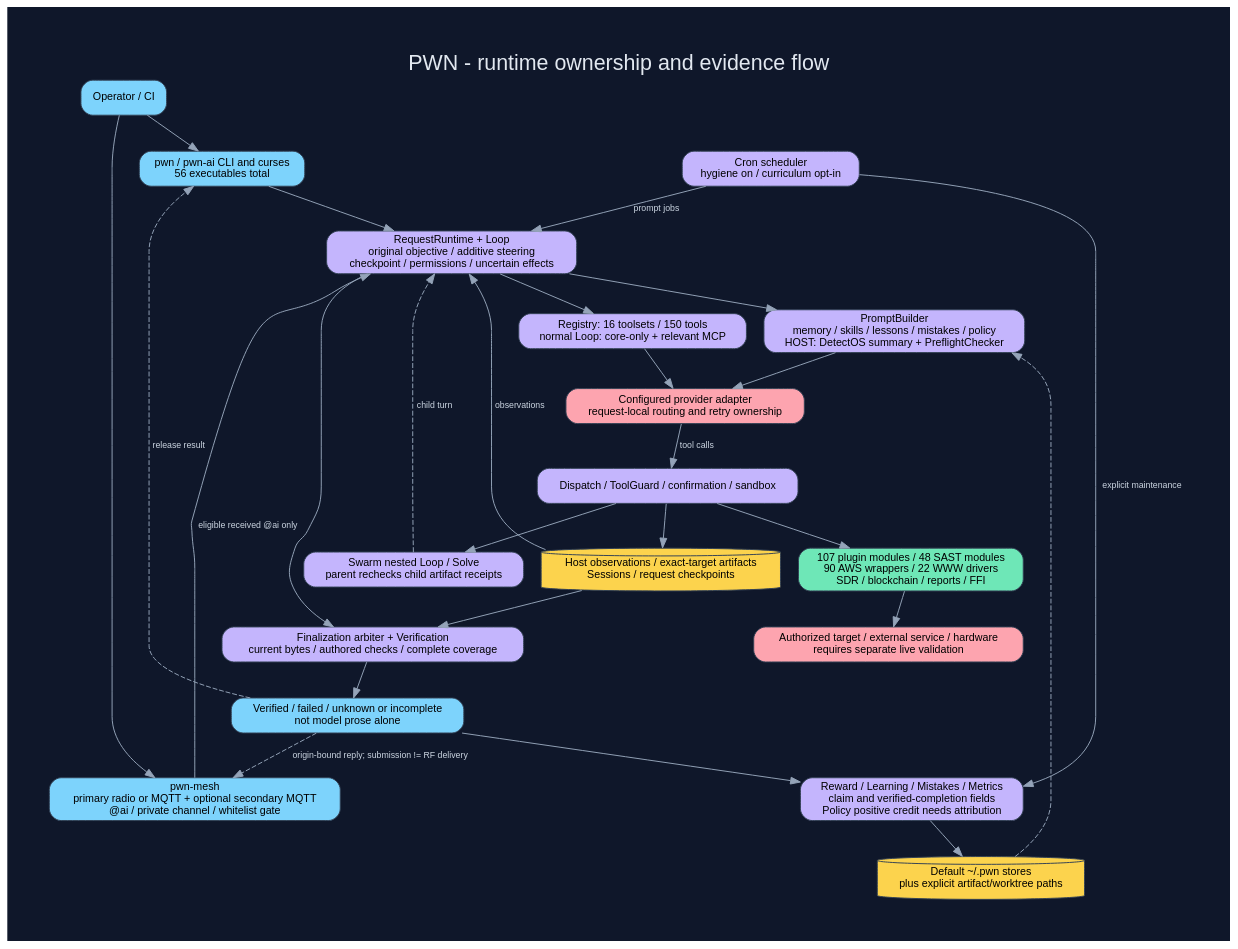
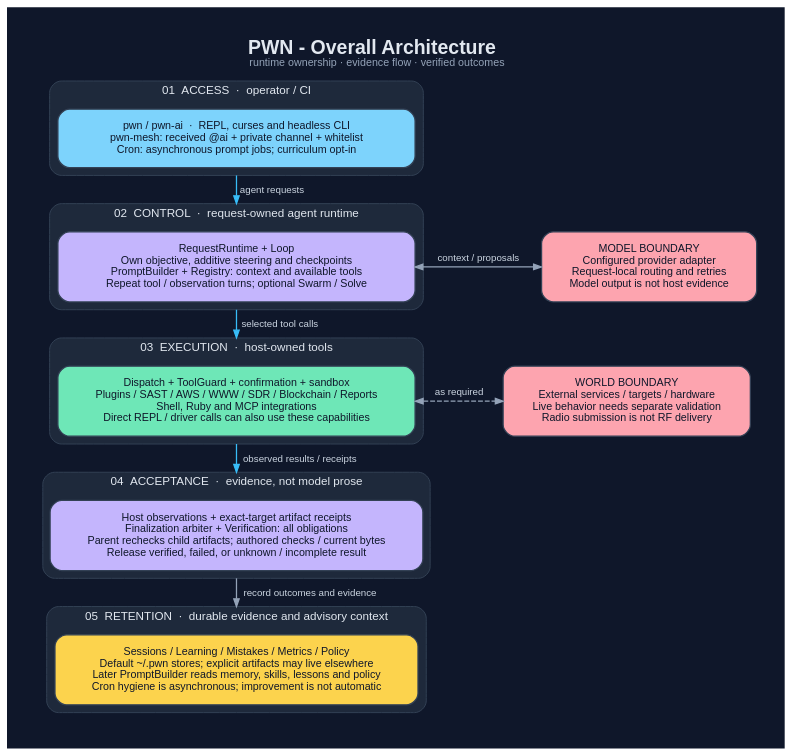
Before and after one commit to 0dayInc/pwn: the diagram in documentation/diagrams/dot/overall-pwn-architecture.dot, drawn with Graphviz. The commit also changed 12 other files, not shown here.

```diff
--- a/documentation/diagrams/dot/overall-pwn-architecture.dot
+++ b/documentation/diagrams/dot/overall-pwn-architecture.dot
@@ -1,34 +1,56 @@
 digraph PWN_Architecture {
-  graph [label="PWN - runtime ownership and evidence flow", labelloc=t, fontsize=22,
-    fontname="Helvetica", rankdir=TB, bgcolor="#0f172a", fontcolor="#e2e8f0", pad=0.6];
-  node [fontname="Helvetica", fontsize=11, shape=box, style="rounded,filled", fillcolor="#c4b5fd", color="#334155"];
-  edge [fontname="Helvetica", fontsize=9, color="#94a3b8", fontcolor="#cbd5e1"];
-  Operator [label="Operator / CI", fillcolor="#7dd3fc"];
-  Entry [label="pwn / pwn-ai CLI and curses\n56 executables total", fillcolor="#7dd3fc"];
-  Mesh [label="pwn-mesh\nprimary radio or MQTT + optional secondary MQTT\n@ai / private channel / whitelist gate", fillcolor="#7dd3fc"];
-  Runtime [label="RequestRuntime + Loop\noriginal objective / additive steering\ncheckpoint / permissions / uncertain effects"];
-  Prompt [label="PromptBuilder\nmemory / skills / lessons / mistakes / policy\nHOST: DetectOS summary + PreflightChecker"];
-  Registry [label="Registry: 16 toolsets / 150 tools\nnormal Loop: core-only + relevant MCP"];
-  Provider [label="Configured provider adapter\nrequest-local routing and retry ownership", fillcolor="#fda4af"];
-  Dispatch [label="Dispatch / ToolGuard / confirmation / sandbox"];
-  Capabilities [label="107 plugin modules / 48 SAST modules\n90 AWS wrappers / 22 WWW drivers\nSDR / blockchain / reports / FFI", fillcolor="#6ee7b7"];
-  Target [label="Authorized target / external service / hardware\nrequires separate live validation", fillcolor="#fda4af"];
-  Evidence [label="Host observations / exact-target artifacts\nSessions / request checkpoints", shape=cylinder, fillcolor="#fcd34d"];
-  Verify [label="Finalization arbiter + Verification\ncurrent bytes / authored checks / complete coverage"];
-  Outcome [label="Verified / failed / unknown or incomplete\nnot model prose alone", fillcolor="#7dd3fc"];
-  Learn [label="Reward / Learning / Mistakes / Metrics\nclaim and verified-completion fields\nPolicy positive credit needs attribution"];
-  Stores [label="Default ~/.pwn stores\nplus explicit artifact/worktree paths", shape=cylinder, fillcolor="#fcd34d"];
-  Swarm [label="Swarm nested Loop / Solve\nparent rechecks child artifact receipts"];
-  Cron [label="Cron scheduler\nhygiene on / curriculum opt-in"];
-  Operator -> Entry; Operator -> Mesh;
-  Entry -> Runtime; Mesh -> Runtime [label="eligible received @ai only"];
-  Runtime -> Prompt; Runtime -> Registry; Prompt -> Provider; Registry -> Provider;
-  Provider -> Dispatch [label="tool calls"]; Dispatch -> Capabilities;
-  Capabilities -> Target; Dispatch -> Evidence; Evidence -> Runtime [label="observations"];
-  Runtime -> Verify; Evidence -> Verify; Verify -> Outcome;
-  Outcome -> Learn; Learn -> Stores; Stores -> Prompt [style=dashed];
-  Dispatch -> Swarm; Swarm -> Runtime [label="child turn", style=dashed];
-  Cron -> Runtime [label="prompt jobs"]; Cron -> Learn [label="explicit maintenance"];
-  Outcome -> Entry [label="release result", style=dashed];
-  Outcome -> Mesh [label="origin-bound reply; submission != RF delivery", style=dashed];
+  graph [
+    label=<<B>PWN - Overall Architecture</B><BR/><FONT POINT-SIZE="11" COLOR="#94a3b8">runtime ownership · evidence flow · verified outcomes</FONT>>,
+    labelloc=t, fontsize=20, fontname="Helvetica",
+    rankdir=TB, splines=polyline, nodesep=0.5, ranksep=0.48,
+    bgcolor="#0f172a", fontcolor="#e2e8f0", pad=0.4, newrank=true, compound=true
+  ];
+  node [fontname="Helvetica", fontsize=11, shape=box, style="filled,rounded",
+        fillcolor="#c4b5fd", penwidth=1.3, color="#334155", fontcolor="#0f172a", margin="0.22,0.16"];
+  edge [fontname="Helvetica", fontsize=10, color="#94a3b8",
+        fontcolor="#cbd5e1", penwidth=1.3, arrowsize=0.8];
+
+  // Ownership map, not a complete call graph. Internal repetition is summarized
+  // inside Runtime; shared state and asynchronous work are not return arrows.
+  subgraph cluster_entry {
+    label="01  ACCESS  ·  operator / CI"; labelloc=t; fontsize=12;
+    style="rounded,filled"; color="#334155"; fillcolor="#1e293b";
+    Entry [fillcolor="#7dd3fc", width=5.1,
+      label="pwn / pwn-ai  ·  REPL, curses and headless CLI\npwn-mesh: received @ai + private channel + whitelist\nCron: asynchronous prompt jobs; curriculum opt-in"];
+  }
+  subgraph cluster_control {
+    label="02  CONTROL  ·  request-owned agent runtime"; fontsize=12;
+    style="rounded,filled"; color="#334155"; fillcolor="#1e293b";
+    Runtime [width=5.1,
+      label="RequestRuntime + Loop\nOwn objective, additive steering and checkpoints\nPromptBuilder + Registry: context and available tools\nRepeat tool / observation turns; optional Swarm / Solve"];
+  }
+  subgraph cluster_execution {
+    label="03  EXECUTION  ·  host-owned tools"; fontsize=12;
+    style="rounded,filled"; color="#334155"; fillcolor="#1e293b";
+    Execute [fillcolor="#6ee7b7", width=5.1,
+      label="Dispatch + ToolGuard + confirmation + sandbox\nPlugins / SAST / AWS / WWW / SDR / Blockchain / Reports\nShell, Ruby and MCP integrations\nDirect REPL / driver calls can also use these capabilities"];
+  }
+  subgraph cluster_evidence {
+    label="04  ACCEPTANCE  ·  evidence, not model prose"; fontsize=12;
+    style="rounded,filled"; color="#334155"; fillcolor="#1e293b";
+    Accept [width=5.1,
+      label="Host observations + exact-target artifact receipts\nFinalization arbiter + Verification: all obligations\nParent rechecks child artifacts; authored checks / current bytes\nRelease verified, failed, or unknown / incomplete result"];
+  }
+  subgraph cluster_state {
+    label="05  RETENTION  ·  durable evidence and advisory context"; fontsize=12;
+    style="rounded,filled"; color="#334155"; fillcolor="#1e293b";
+    State [fillcolor="#fcd34d", width=5.1,
+      label="Sessions / Learning / Mistakes / Metrics / Policy\nDefault ~/.pwn stores; explicit artifacts may live elsewhere\nLater PromptBuilder reads memory, skills, lessons and policy\nCron hygiene is asynchronous; improvement is not automatic"];
+  }
+  Provider [fillcolor="#fda4af", label="MODEL BOUNDARY\nConfigured provider adapter\nRequest-local routing and retries\nModel output is not host evidence"];
+  Target [fillcolor="#fda4af", label="WORLD BOUNDARY\nExternal services / targets / hardware\nLive behavior needs separate validation\nRadio submission is not RF delivery"];
+
+  {rank=same; Runtime; Provider}
+  {rank=same; Execute; Target}
+  Entry -> Runtime [ltail=cluster_entry, lhead=cluster_control, label="agent requests", color="#38bdf8", weight=10];
+  Runtime -> Execute [ltail=cluster_control, lhead=cluster_execution, label="selected tool calls", color="#38bdf8", weight=10];
+  Execute -> Accept [ltail=cluster_execution, lhead=cluster_evidence, label="observed results / receipts", color="#38bdf8", weight=10];
+  Accept -> State [ltail=cluster_evidence, lhead=cluster_state, label="record outcomes and evidence", weight=10];
+  Runtime -> Provider [dir=both, label="context / proposals", constraint=false];
+  Execute -> Target [dir=both, label="as required", style=dashed, constraint=false];
 }
```
